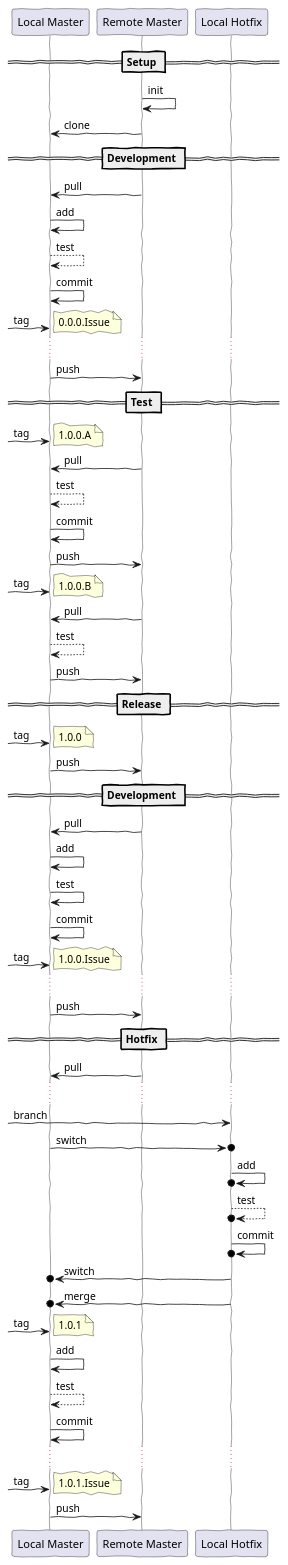
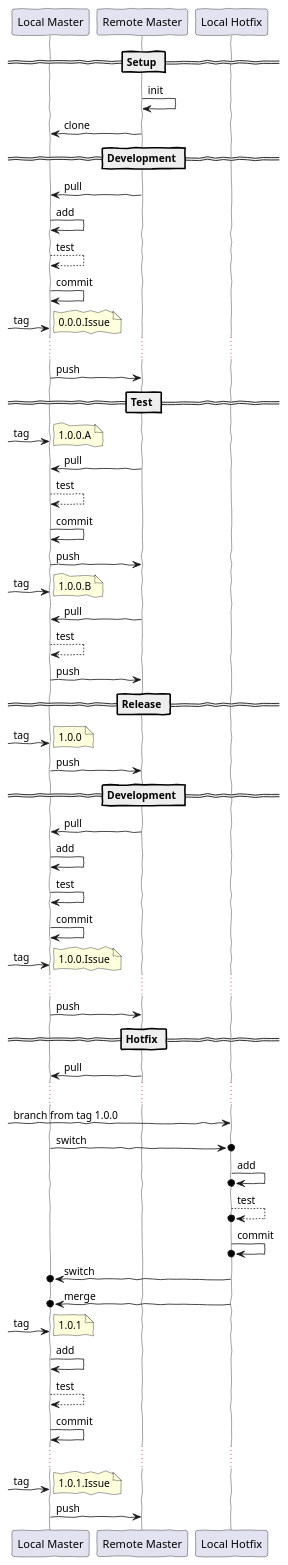
The diagram in assets/uml/git_workflow_diagram.puml (braboj/tutorial-git), drawn with PlantUML before and after one commit. The commit also changed 1 other file, not shown here.

```diff
--- a/assets/uml/git_workflow_diagram.puml
+++ b/assets/uml/git_workflow_diagram.puml
@@ -1,77 +1,77 @@
 @startuml
 skinparam lifelineStrategy solid
 'skinparam backgroundColor #EEEBDC
 skinparam handwritten true
 participant "Local Master" as Local
 participant "Remote Master" as Remote
 participant "Local Hotfix" as Hotfix
 
 == Setup ==
 Remote -> Remote: init
 Remote -> Local: clone
 
 == Development ==
 Remote -> Local: pull
 Local -> Local: add
 Local --> Local: test
 Local -> Local: commit
 
 [-> Local: tag
 note right: 0.0.0.Issue
 ...
 Local -> Remote: push
 
 == Test ==
 
 [-> Local: tag
 note right: 1.0.0.A
 Remote -> Local: pull
 Local --> Local: test
 Local -> Local: commit
 Local -> Remote: push
 
 [-> Local: tag
 note right: 1.0.0.B
 Remote -> Local: pull
 Local --> Local: test
 Local -> Remote: push
 
 == Release ==
 [-> Local: tag
 note right: 1.0.0
 Local -> Remote: push
 
 == Development ==
 Remote -> Local: pull
 Local -> Local: add
 Local -> Local: test
 Local -> Local: commit
 
 [-> Local: tag
 note right: 1.0.0.Issue
 ...
 Local -> Remote: push
 
 
 == Hotfix ==
 Remote -> Local: pull
 ...
 
-[-> Hotfix: branch
+[-> Hotfix: branch from tag 1.0.0
 Local ->o Hotfix: switch
 Hotfix ->o Hotfix: add
 Hotfix -->o Hotfix: test
 Hotfix ->o Hotfix: commit
 Hotfix ->o Local: switch
 Hotfix ->o Local: merge
 [-> Local: tag
 note right: 1.0.1
 
 Local -> Local: add
 Local --> Local: test
 Local -> Local: commit
 ...
 [-> Local: tag
 note right: 1.0.1.Issue
 Local -> Remote: push
 @enduml
```
